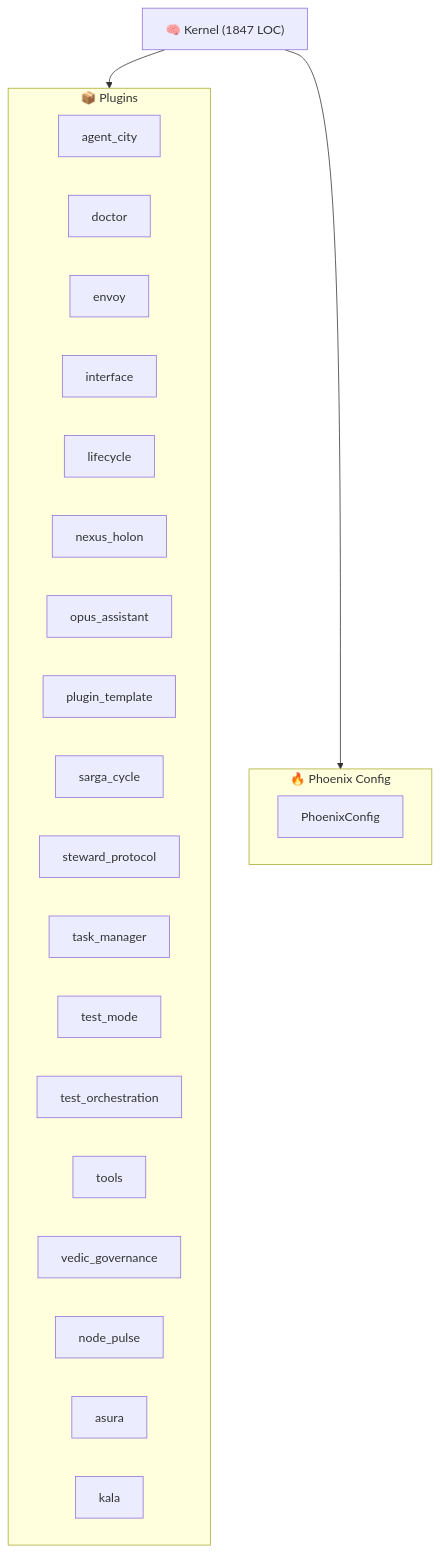
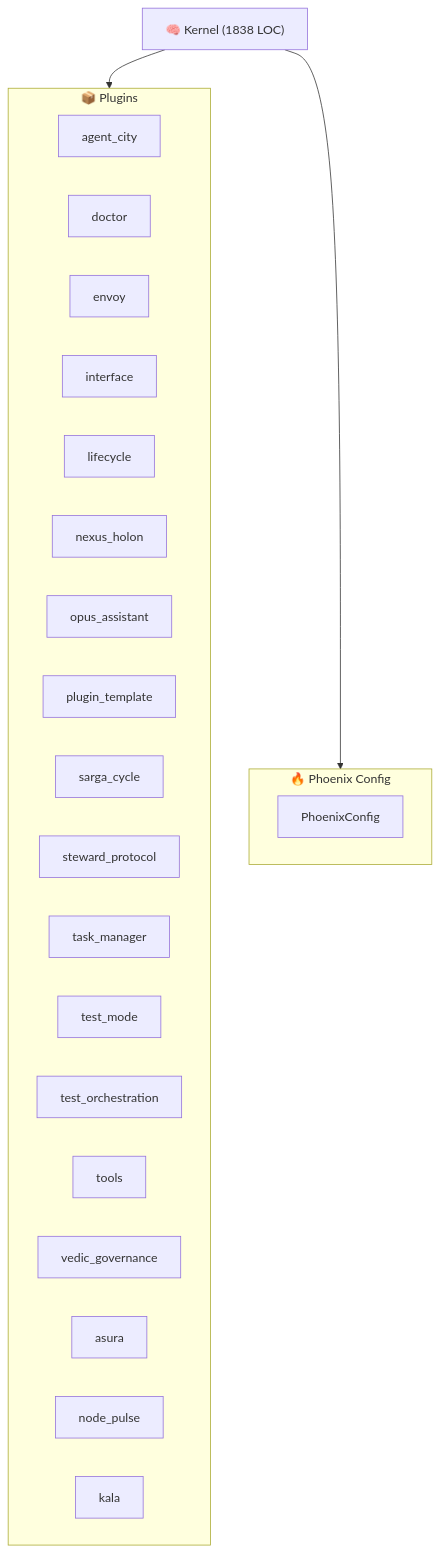
Before and after one commit to kimeisele/steward-protocol: the diagram in ARCHITECTURE.md, drawn with Mermaid. The commit also changed other lines of this file and 5 other files, not shown here.

````diff
--- a/ARCHITECTURE.md
+++ b/ARCHITECTURE.md
@@ -8,29 +8,29 @@
 ```mermaid
 graph TB
-    K["🧠 Kernel (1847 LOC)"]
+    K["🧠 Kernel (1838 LOC)"]
     subgraph Plugins["📦 Plugins"]
         P_agent_city["agent_city"]
         P_doctor["doctor"]
         P_envoy["envoy"]
         P_interface["interface"]
         P_lifecycle["lifecycle"]
         P_nexus_holon["nexus_holon"]
         P_opus_assistant["opus_assistant"]
         P_plugin_template["plugin_template"]
         P_sarga_cycle["sarga_cycle"]
         P_steward_protocol["steward_protocol"]
         P_task_manager["task_manager"]
         P_test_mode["test_mode"]
         P_test_orchestration["test_orchestration"]
         P_tools["tools"]
         P_vedic_governance["vedic_governance"]
+        P_asura["asura"]
         P_node_pulse["node_pulse"]
-        P_asura["asura"]
         P_kala["kala"]
     end
     K --> Plugins
     subgraph Config["🔥 Phoenix Config"]
         PC[PhoenixConfig]
     end
     K --> Config
 ```
````
